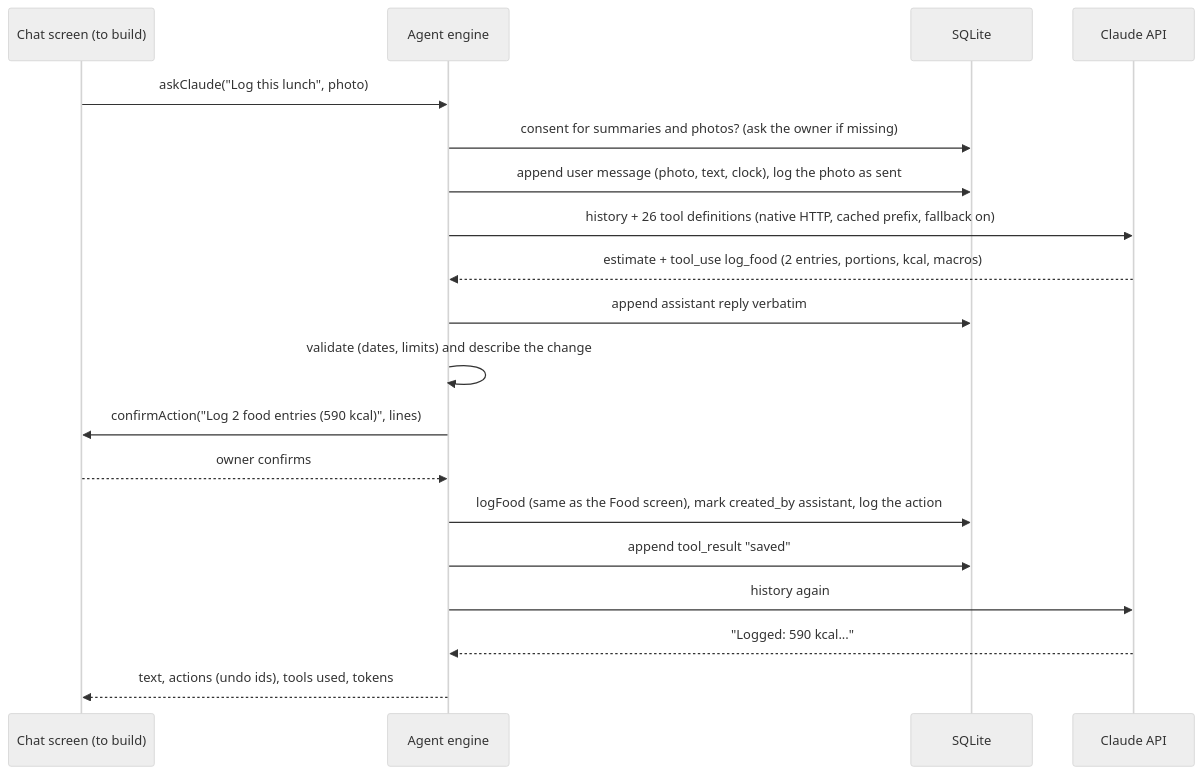
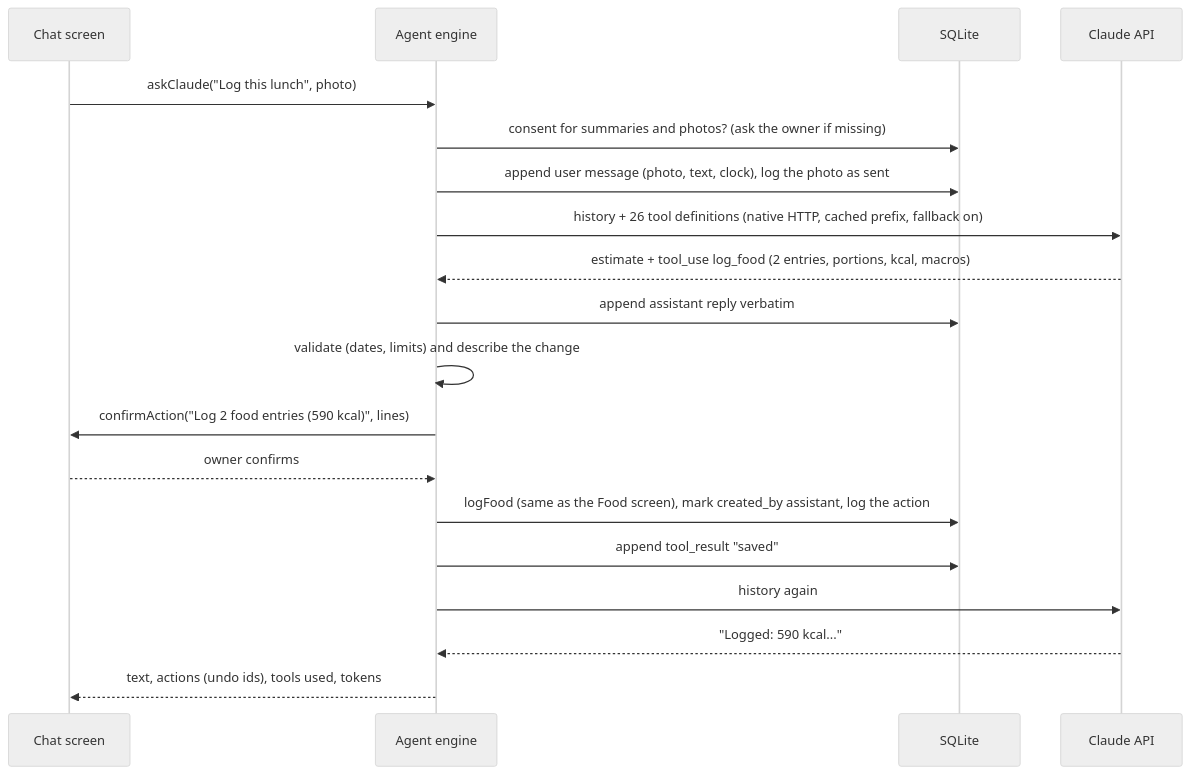
The sixth of 6 diagrams in docs/HLD.md (alfredoartilesv/even), drawn with Mermaid (neutral theme) before and after one commit. The commit also changed other lines of this file and 37 other files, not shown here.

````diff
--- a/docs/HLD.md
+++ b/docs/HLD.md
@@ -188,21 +194,21 @@
 ```mermaid
 sequenceDiagram
-  participant UI as Chat screen (to build)
+  participant UI as Chat screen
   participant E as Agent engine
   participant DB as SQLite
   participant C as Claude API
   UI->>E: askClaude("Log this lunch", photo)
   E->>DB: consent for summaries and photos? (ask the owner if missing)
   E->>DB: append user message (photo, text, clock), log the photo as sent
   E->>C: history + 26 tool definitions (native HTTP, cached prefix, fallback on)
   C-->>E: estimate + tool_use log_food (2 entries, portions, kcal, macros)
   E->>DB: append assistant reply verbatim
   E->>E: validate (dates, limits) and describe the change
   E->>UI: confirmAction("Log 2 food entries (590 kcal)", lines)
   UI-->>E: owner confirms
   E->>DB: logFood (same as the Food screen), mark created_by assistant, log the action
   E->>DB: append tool_result "saved"
   E->>C: history again
   C-->>E: "Logged: 590 kcal..."
   E-->>UI: text, actions (undo ids), tools used, tokens
 ```
````
